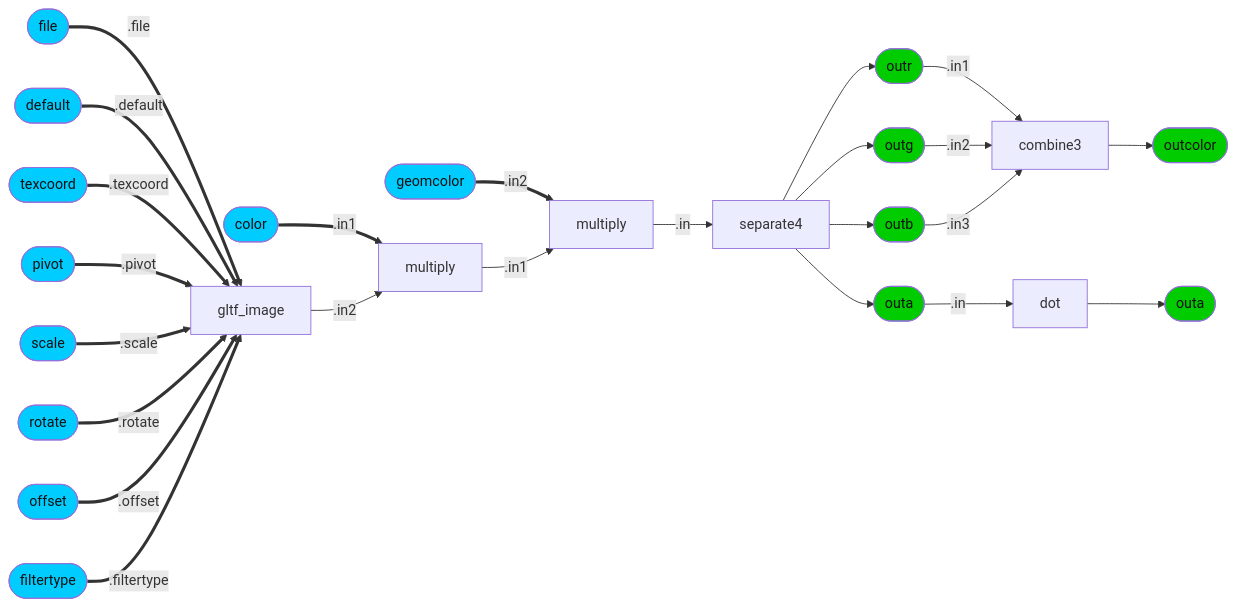
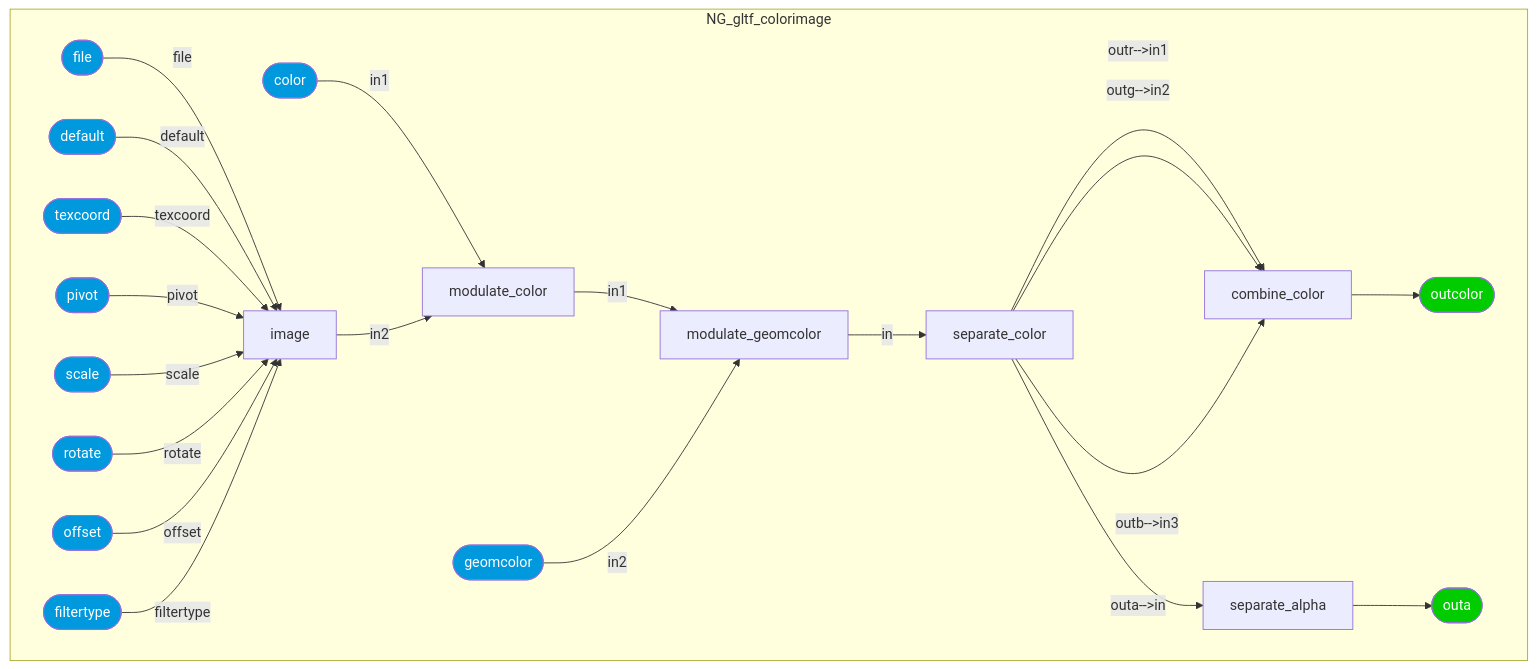
One commit to kwokcb/MaterialX_Learn changed the second of 36 diagrams in documents/definitions/bxdf_doc.md. Above: the diagram before and after it, drawn with Mermaid. The commit also changed other lines of this file and 1015 other files, not shown here.

````diff
--- a/documents/definitions/bxdf_doc.md
+++ b/documents/definitions/bxdf_doc.md
@@ -294,43 +356,54 @@
 ```mermaid
-graph LR; 
-    NG_gltf_colorimage_combine_color[combine3] --> NG_gltf_colorimage_outcolor([outcolor])
-    style NG_gltf_colorimage_outcolor fill:#0C0, color:#111
-    NG_gltf_colorimage_separate_color[separate4] --> NG_gltf_colorimage_NG_gltf_colorimage_separate_coloroutr([outr])
-    style NG_gltf_colorimage_NG_gltf_colorimage_separate_coloroutr fill:#0C0, color:#111
-    NG_gltf_colorimage_NG_gltf_colorimage_separate_coloroutr --".in1"--> NG_gltf_colorimage_combine_color[combine3]
-    NG_gltf_colorimage_modulate_geomcolor[multiply] --".in"--> NG_gltf_colorimage_separate_color[separate4]
-    NG_gltf_colorimage_geomcolorINT([geomcolor]) ==.in2==> NG_gltf_colorimage_modulate_geomcolor[multiply]
-    style NG_gltf_colorimage_geomcolorINT fill:#0CF, color:#111
-    NG_gltf_colorimage_modulate_color[multiply] --".in1"--> NG_gltf_colorimage_modulate_geomcolor[multiply]
-    NG_gltf_colorimage_colorINT([color]) ==.in1==> NG_gltf_colorimage_modulate_color[multiply]
-    style NG_gltf_colorimage_colorINT fill:#0CF, color:#111
-    NG_gltf_colorimage_image[gltf_image] --".in2"--> NG_gltf_colorimage_modulate_color[multiply]
-    NG_gltf_colorimage_fileINT([file]) ==.file==> NG_gltf_colorimage_image[gltf_image]
-    style NG_gltf_colorimage_fileINT fill:#0CF, color:#111
-    NG_gltf_colorimage_dfaultINT([default]) ==.default==> NG_gltf_colorimage_image[gltf_image]
-    style NG_gltf_colorimage_dfaultINT fill:#0CF, color:#111
-    NG_gltf_colorimage_texcoordINT([texcoord]) ==.texcoord==> NG_gltf_colorimage_image[gltf_image]
-    style NG_gltf_colorimage_texcoordINT fill:#0CF, color:#111
-    NG_gltf_colorimage_pivotINT([pivot]) ==.pivot==> NG_gltf_colorimage_image[gltf_image]
-    style NG_gltf_colorimage_pivotINT fill:#0CF, color:#111
-    NG_gltf_colorimage_scaleINT([scale]) ==.scale==> NG_gltf_colorimage_image[gltf_image]
-    style NG_gltf_colorimage_scaleINT fill:#0CF, color:#111
-    NG_gltf_colorimage_rotateINT([rotate]) ==.rotate==> NG_gltf_colorimage_image[gltf_image]
-    style NG_gltf_colorimage_rotateINT fill:#0CF, color:#111
-    NG_gltf_colorimage_offsetINT([offset]) ==.offset==> NG_gltf_colorimage_image[gltf_image]
-    style NG_gltf_colorimage_offsetINT fill:#0CF, color:#111
-    NG_gltf_colorimage_filtertypeINT([filtertype]) ==.filtertype==> NG_gltf_colorimage_image[gltf_image]
-    style NG_gltf_colorimage_filtertypeINT fill:#0CF, color:#111
-    NG_gltf_colorimage_separate_color[separate4] --> NG_gltf_colorimage_NG_gltf_colorimage_separate_coloroutg([outg])
-    style NG_gltf_colorimage_NG_gltf_colorimage_separate_coloroutg fill:#0C0, color:#111
-    NG_gltf_colorimage_NG_gltf_colorimage_separate_coloroutg --".in2"--> NG_gltf_colorimage_combine_color[combine3]
-    NG_gltf_colorimage_separate_color[separate4] --> NG_gltf_colorimage_NG_gltf_colorimage_separate_coloroutb([outb])
-    style NG_gltf_colorimage_NG_gltf_colorimage_separate_coloroutb fill:#0C0, color:#111
-    NG_gltf_colorimage_NG_gltf_colorimage_separate_coloroutb --".in3"--> NG_gltf_colorimage_combine_color[combine3]
-    NG_gltf_colorimage_separate_alpha[dot] --> NG_gltf_colorimage_outa([outa])
-    style NG_gltf_colorimage_outa fill:#0C0, color:#111
-    NG_gltf_colorimage_separate_color[separate4] --> NG_gltf_colorimage_NG_gltf_colorimage_separate_colorouta([outa])
-    style NG_gltf_colorimage_NG_gltf_colorimage_separate_colorouta fill:#0C0, color:#111
-    NG_gltf_colorimage_NG_gltf_colorimage_separate_colorouta --".in"--> NG_gltf_colorimage_separate_alpha[dot]
-
+graph TB
+    subgraph NG_gltf_colorimage
+    NG_gltf_colorimage_image[image]
+    NG_gltf_colorimage_modulate_color[modulate_color]
+    NG_gltf_colorimage_modulate_geomcolor[modulate_geomcolor]
+    NG_gltf_colorimage_separate_color[separate_color]
+    NG_gltf_colorimage_combine_color[combine_color]
+    NG_gltf_colorimage_separate_alpha[separate_alpha]
+    style NG_gltf_colorimage_outcolor  fill:#0C0, color:#FFF
+    NG_gltf_colorimage_outcolor([outcolor])
+    style NG_gltf_colorimage_outa  fill:#0C0, color:#FFF
+    NG_gltf_colorimage_outa([outa])
+    style NG_gltf_colorimage_file  fill:#09D, color:#FFF
+    NG_gltf_colorimage_file([file])
+    style NG_gltf_colorimage_default1  fill:#09D, color:#FFF
+    NG_gltf_colorimage_default1([default])
+    style NG_gltf_colorimage_texcoord  fill:#09D, color:#FFF
+    NG_gltf_colorimage_texcoord([texcoord])
+    style NG_gltf_colorimage_pivot  fill:#09D, color:#FFF
+    NG_gltf_colorimage_pivot([pivot])
+    style NG_gltf_colorimage_scale  fill:#09D, color:#FFF
+    NG_gltf_colorimage_scale([scale])
+    style NG_gltf_colorimage_rotate  fill:#09D, color:#FFF
+    NG_gltf_colorimage_rotate([rotate])
+    style NG_gltf_colorimage_offset  fill:#09D, color:#FFF
+    NG_gltf_colorimage_offset([offset])
+    style NG_gltf_colorimage_filtertype  fill:#09D, color:#FFF
+    NG_gltf_colorimage_filtertype([filtertype])
+    style NG_gltf_colorimage_color  fill:#09D, color:#FFF
+    NG_gltf_colorimage_color([color])
+    style NG_gltf_colorimage_geomcolor  fill:#09D, color:#FFF
+    NG_gltf_colorimage_geomcolor([geomcolor])
+    end
+    NG_gltf_colorimage_file --"file"--> NG_gltf_colorimage_image
+    NG_gltf_colorimage_default1 --"default"--> NG_gltf_colorimage_image
+    NG_gltf_colorimage_texcoord --"texcoord"--> NG_gltf_colorimage_image
+    NG_gltf_colorimage_pivot --"pivot"--> NG_gltf_colorimage_image
+    NG_gltf_colorimage_scale --"scale"--> NG_gltf_colorimage_image
+    NG_gltf_colorimage_rotate --"rotate"--> NG_gltf_colorimage_image
+    NG_gltf_colorimage_offset --"offset"--> NG_gltf_colorimage_image
+    NG_gltf_colorimage_filtertype --"filtertype"--> NG_gltf_colorimage_image
+    NG_gltf_colorimage_color --"in1"--> NG_gltf_colorimage_modulate_color
+    NG_gltf_colorimage_image --"in2"--> NG_gltf_colorimage_modulate_color
+    NG_gltf_colorimage_modulate_color --"in1"--> NG_gltf_colorimage_modulate_geomcolor
+    NG_gltf_colorimage_geomcolor --"in2"--> NG_gltf_colorimage_modulate_geomcolor
+    NG_gltf_colorimage_modulate_geomcolor --"in"--> NG_gltf_colorimage_separate_color
+    NG_gltf_colorimage_separate_color --"outr-->in1"--> NG_gltf_colorimage_combine_color
+    NG_gltf_colorimage_separate_color --"outg-->in2"--> NG_gltf_colorimage_combine_color
+    NG_gltf_colorimage_separate_color --"outb-->in3"--> NG_gltf_colorimage_combine_color
+    NG_gltf_colorimage_separate_color --"outa-->in"--> NG_gltf_colorimage_separate_alpha
+    NG_gltf_colorimage_combine_color --> NG_gltf_colorimage_outcolor
+    NG_gltf_colorimage_separate_alpha --> NG_gltf_colorimage_outa
 ```
````
